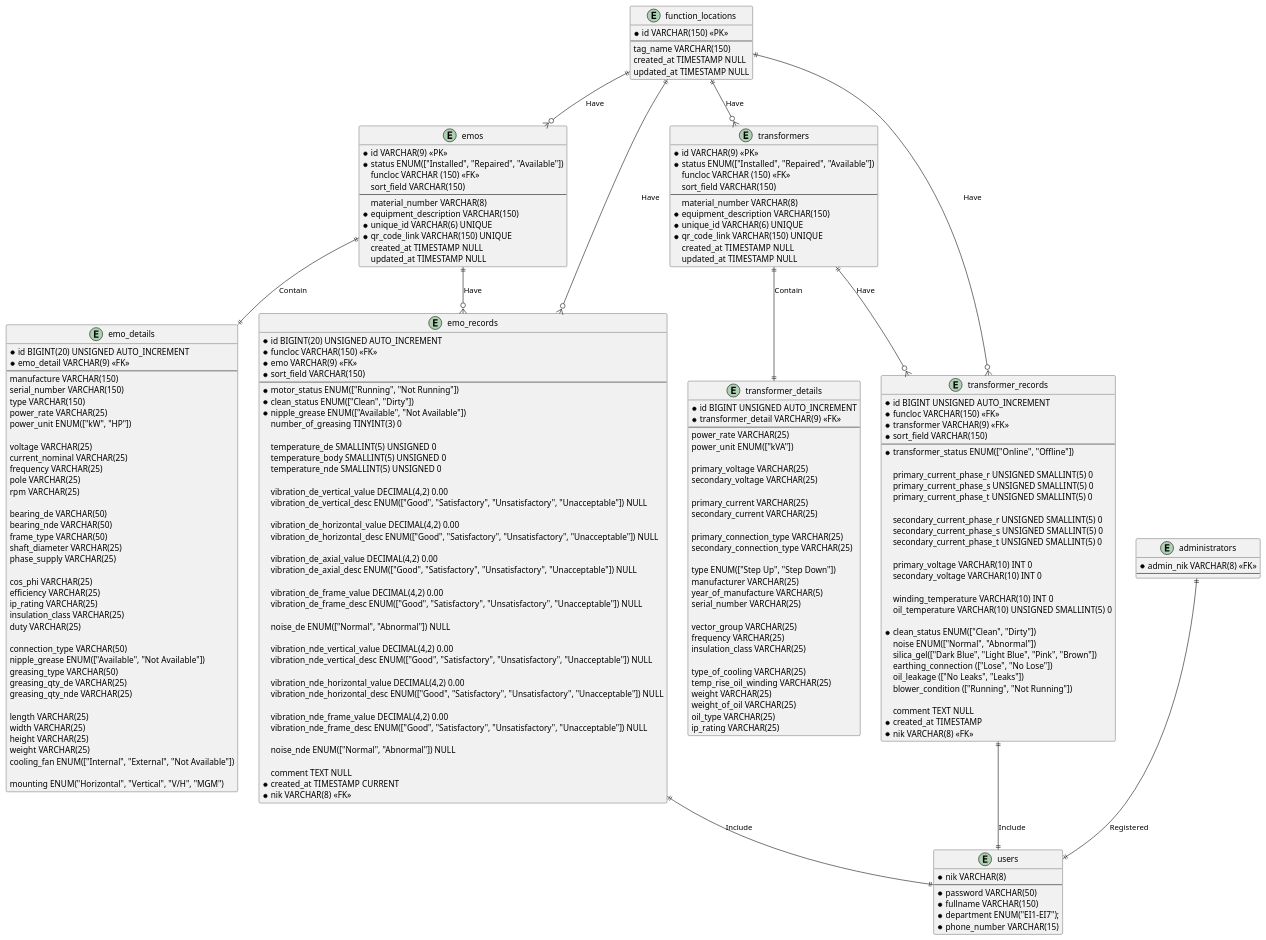
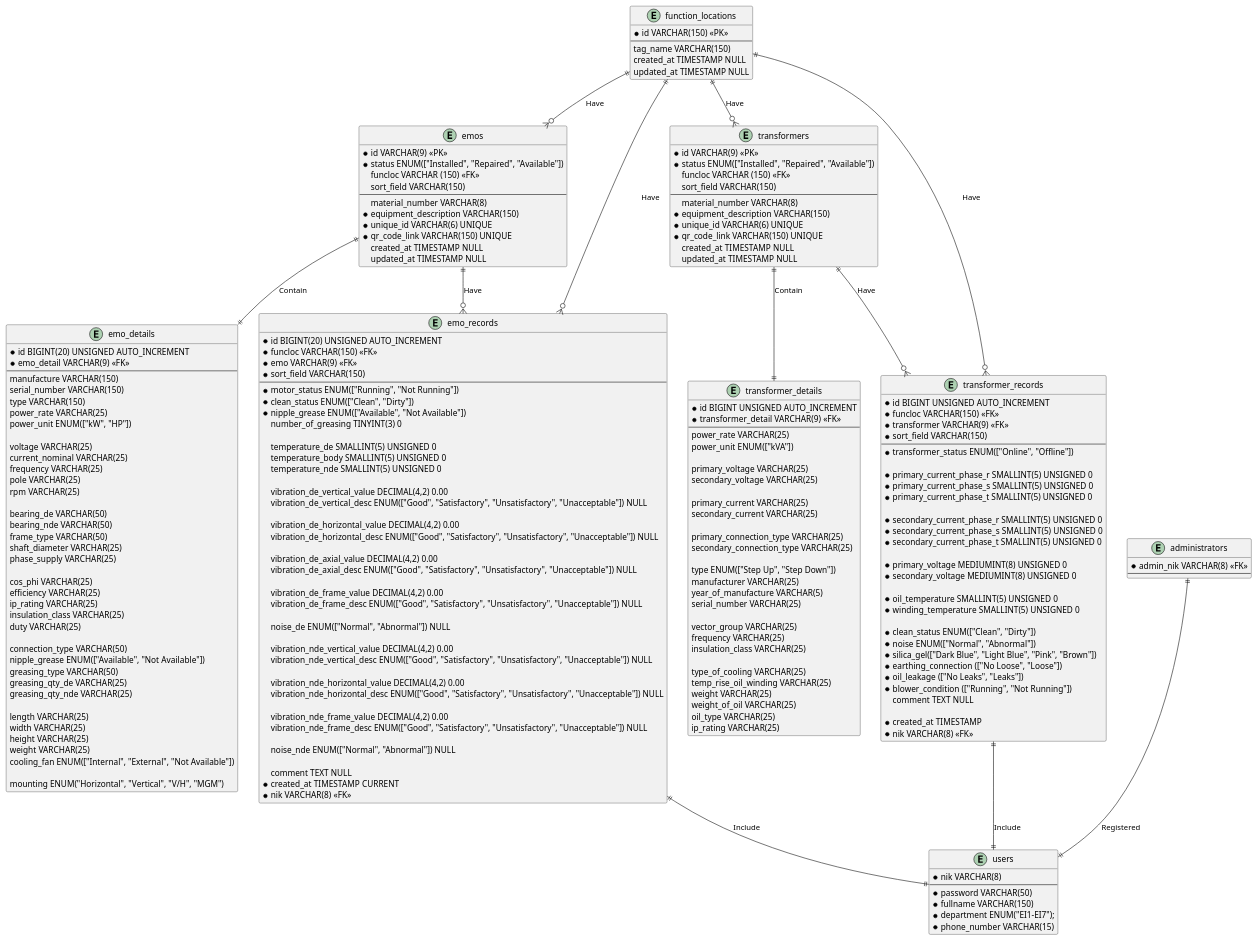
One commit to doniduaasattuu/fajar-e-maintenance changed the diagram in database/emos/fajar_e_maintenance.puml. Above: the diagram before and after it, drawn with PlantUML. The commit also changed 11 other files, not shown here.

```diff
--- a/database/emos/fajar_e_maintenance.puml
+++ b/database/emos/fajar_e_maintenance.puml
@@ -181,28 +181,28 @@
     --
     * transformer_status ENUM(["Online", "Offline"])
 
-      primary_current_phase_r UNSIGNED SMALLINT(5) 0
-      primary_current_phase_s UNSIGNED SMALLINT(5) 0
-      primary_current_phase_t UNSIGNED SMALLINT(5) 0 
+    * primary_current_phase_r SMALLINT(5) UNSIGNED 0
+    * primary_current_phase_s SMALLINT(5) UNSIGNED 0
+    * primary_current_phase_t SMALLINT(5) UNSIGNED 0 
 
-      secondary_current_phase_r UNSIGNED SMALLINT(5) 0
-      secondary_current_phase_s UNSIGNED SMALLINT(5) 0
-      secondary_current_phase_t UNSIGNED SMALLINT(5) 0
-      
-      primary_voltage VARCHAR(10) INT 0
-      secondary_voltage VARCHAR(10) INT 0
+    * secondary_current_phase_r SMALLINT(5) UNSIGNED 0
+    * secondary_current_phase_s SMALLINT(5) UNSIGNED 0
+    * secondary_current_phase_t SMALLINT(5) UNSIGNED 0
+    
+    * primary_voltage MEDIUMINT(8) UNSIGNED 0
+    * secondary_voltage MEDIUMINT(8) UNSIGNED 0
 
-      winding_temperature VARCHAR(10) INT 0
-      oil_temperature VARCHAR(10) UNSIGNED SMALLINT(5) 0
+    * oil_temperature SMALLINT(5) UNSIGNED 0
+    * winding_temperature SMALLINT(5) UNSIGNED 0
 
     * clean_status ENUM(["Clean", "Dirty"])
-      noise ENUM(["Normal", "Abnormal"])
-      silica_gel(["Dark Blue", "Light Blue", "Pink", "Brown"])
-      earthing_connection (["Lose", "No Lose"])
-      oil_leakage (["No Leaks", "Leaks"])
-      blower_condition (["Running", "Not Running"])
-     
+    * noise ENUM(["Normal", "Abnormal"])
+    * silica_gel(["Dark Blue", "Light Blue", "Pink", "Brown"])
+    * earthing_connection (["No Loose", "Loose"])
+    * oil_leakage (["No Leaks", "Leaks"])
+    * blower_condition (["Running", "Not Running"])
       comment TEXT NULL
+      
     * created_at TIMESTAMP
     * nik VARCHAR(8) <<FK>>
 }
```
